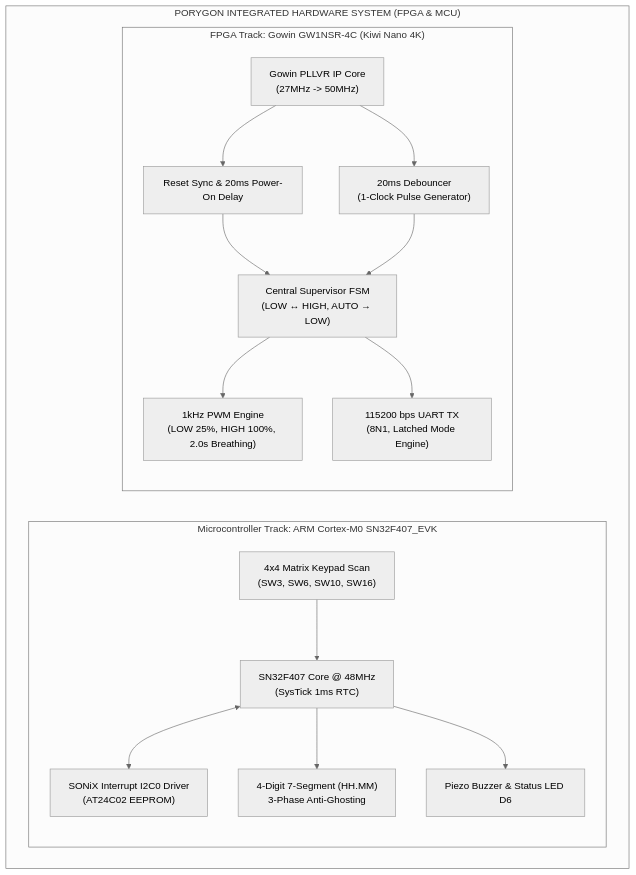
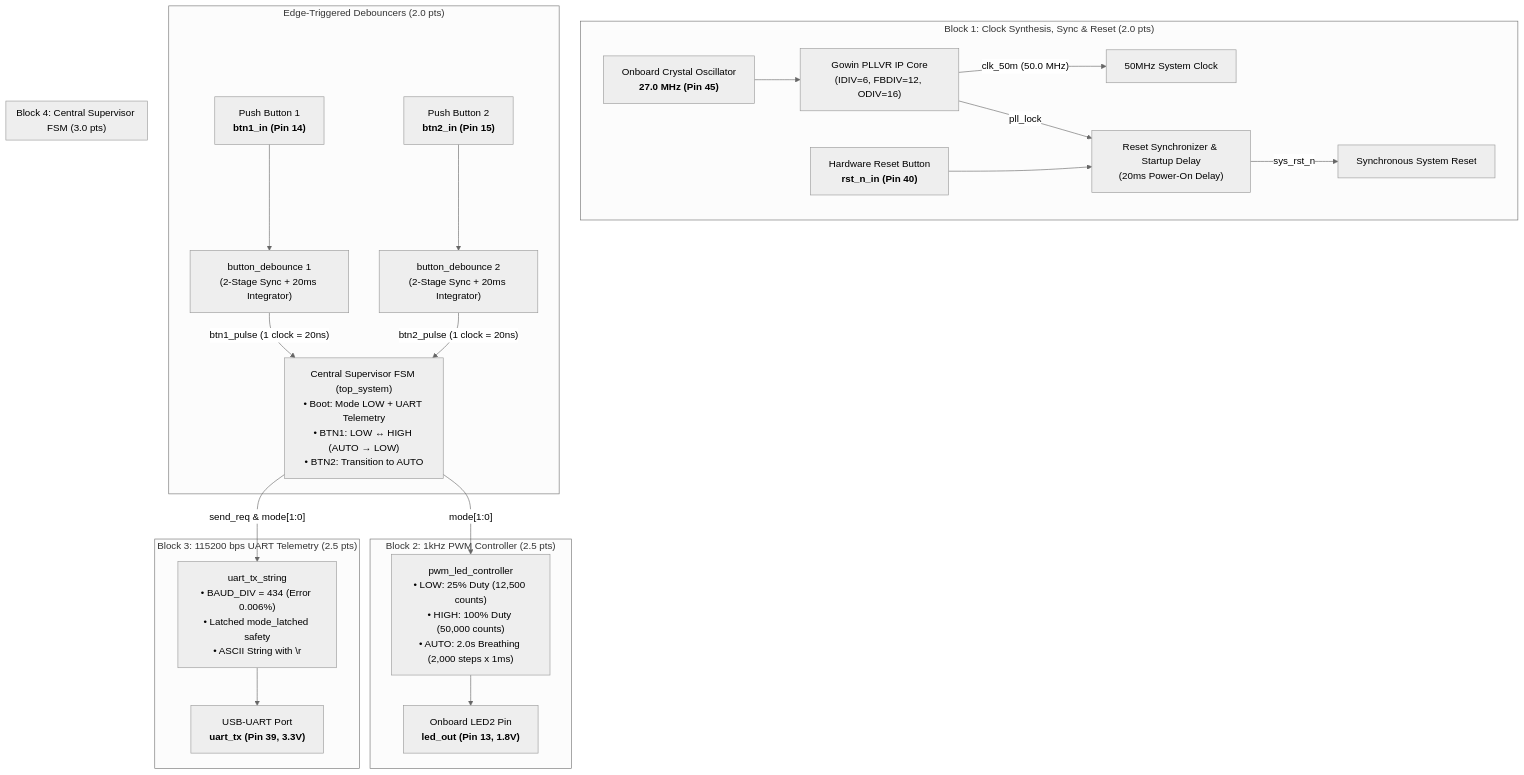
The first of 2 diagrams in README_EN.md (zok213/porygon), drawn with Mermaid (neutral theme) before and after one commit. The commit also changed other lines of this file and 3 other files, not shown here.

Commit message:
docs(fpga): establish full FPGA architecture specification and issue analysis matching MCU_dev standard

````diff
--- a/README_EN.md
+++ b/README_EN.md
@@ -28,31 +74,31 @@
 ```mermaid
-flowchart TB
-    subgraph SYSTEM["PORYGON INTEGRATED HARDWARE SYSTEM (FPGA & MCU)"]
-        subgraph MCU_SYS["Microcontroller Track: ARM Cortex-M0 SN32F407_EVK"]
-            MCU_CORE["SN32F407 Core @ 48MHz<br>(SysTick 1ms RTC)"]
-            MCU_I2C["SONiX Interrupt I2C0 Driver<br>(AT24C02 EEPROM)"]
-            MCU_DISP["4-Digit 7-Segment (HH.MM)<br>3-Phase Anti-Ghosting"]
-            MCU_KEY["4x4 Matrix Keypad Scan<br>(SW3, SW6, SW10, SW16)"]
-            MCU_BUZZ["Piezo Buzzer & Status LED D6"]
-            
-            MCU_CORE <--> MCU_I2C
-            MCU_CORE --> MCU_DISP
-            MCU_KEY --> MCU_CORE
-            MCU_CORE --> MCU_BUZZ
-        end
+flowchart TD
+    subgraph CLOCK_RESET ["Block 1: Clock Synthesis, Sync & Reset (2.0 pts)"]
+        OSC["Onboard Crystal Oscillator<br><b>27.0 MHz (Pin 45)</b>"] --> PLL["Gowin PLLVR IP Core<br>(IDIV=6, FBDIV=12, ODIV=16)"]
+        PLL -->|"clk_50m (50.0 MHz)"| SYS_CLK["50MHz System Clock"]
+        PLL -->|"pll_lock"| RST_SYNC["Reset Synchronizer & Startup Delay<br>(20ms Power-On Delay)"]
+        RST_PIN["Hardware Reset Button<br><b>rst_n_in (Pin 40)</b>"] --> RST_SYNC
+        RST_SYNC -->|"sys_rst_n"| CORE_RESET["Synchronous System Reset"]
+    end
 
-        subgraph FPGA_SYS["FPGA Track: Gowin GW1NSR-4C (Kiwi Nano 4K)"]
-            FPGA_PLL["Gowin PLLVR IP Core<br>(27MHz -> 50MHz)"]
-            FPGA_RST["Reset Sync & 20ms Power-On Delay"]
-            FPGA_DB["20ms Debouncer<br>(1-Clock Pulse Generator)"]
-            FPGA_FSM["Central Supervisor FSM<br>(LOW ↔ HIGH, AUTO → LOW)"]
-            FPGA_PWM["1kHz PWM Engine<br>(LOW 25%, HIGH 100%, 2.0s Breathing)"]
-            FPGA_UART["115200 bps UART TX<br>(8N1, Latched Mode Engine)"]
-            
-            FPGA_PLL --> FPGA_RST --> FPGA_FSM
-            FPGA_PLL --> FPGA_DB --> FPGA_FSM
-            FPGA_FSM --> FPGA_PWM
-            FPGA_FSM --> FPGA_UART
-        end
+    subgraph DEBOUNCERS ["Edge-Triggered Debouncers (2.0 pts)"]
+        BTN1_PIN["Push Button 1<br><b>btn1_in (Pin 14)</b>"] --> DB1["button_debounce 1<br>(2-Stage Sync + 20ms Integrator)"]
+        BTN2_PIN["Push Button 2<br><b>btn2_in (Pin 15)</b>"] --> DB2["button_debounce 2<br>(2-Stage Sync + 20ms Integrator)"]
+        DB1 -->|"btn1_pulse (1 clock = 20ns)"| FSM
+        DB2 -->|"btn2_pulse (1 clock = 20ns)"| FSM
+    end
+
+    subgraph SUPERVISOR ["Block 4: Central Supervisor FSM (3.0 pts)"]
+        FSM["Central Supervisor FSM (top_system)<br>• Boot: Mode LOW + UART Telemetry<br>• BTN1: LOW ↔ HIGH (AUTO → LOW)<br>• BTN2: Transition to AUTO"]
+    end
+
+    subgraph PWM_BLOCK ["Block 2: 1kHz PWM Controller (2.5 pts)"]
+        FSM -->|"mode[1:0]"| PWM["pwm_led_controller<br>• LOW: 25% Duty (12,500 counts)<br>• HIGH: 100% Duty (50,000 counts)<br>• AUTO: 2.0s Breathing (2,000 steps x 1ms)"]
+        PWM --> LED_PIN["Onboard LED2 Pin<br><b>led_out (Pin 13, 1.8V)</b>"]
+    end
+
+    subgraph UART_BLOCK ["Block 3: 115200 bps UART Telemetry (2.5 pts)"]
+        FSM -->|"send_req & mode[1:0]"| UART["uart_tx_string<br>• BAUD_DIV = 434 (Error 0.006%)<br>• Latched mode_latched safety<br>• ASCII String with \r\n"]
+        UART --> TX_PIN["USB-UART Port<br><b>uart_tx (Pin 39, 3.3V)</b>"]
     end
 ```
````
